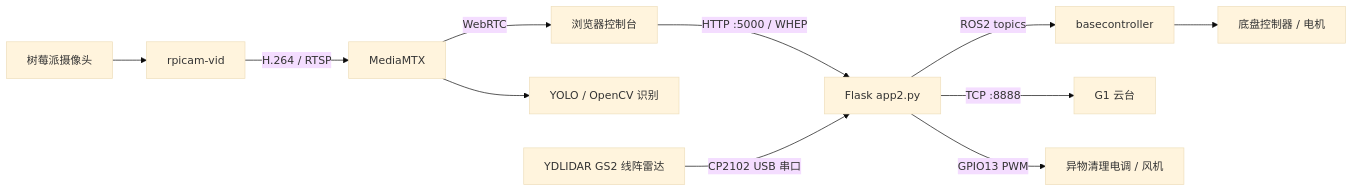
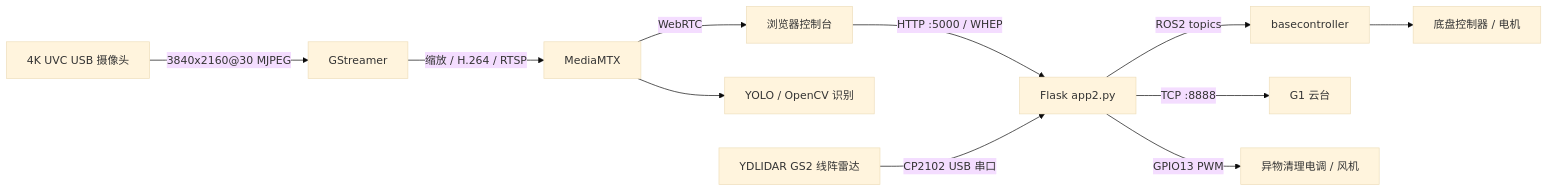
The diagram in README.md (black-dot-line/GIS-robot-control), drawn with Mermaid (base theme) before and after one commit. The commit also changed other lines of this file and 1 other file, not shown here.

````diff
--- a/README.md
+++ b/README.md
@@ -16,13 +18,13 @@
 ```mermaid
 flowchart LR
     Browser["浏览器控制台"] -->|"HTTP :5000 / WHEP"| Flask["Flask app2.py"]
-    PiCam["树莓派摄像头"] --> RpiCam["rpicam-vid"]
-    RpiCam -->|"H.264 / RTSP"| MTX["MediaMTX"]
+    UVC["4K UVC USB 摄像头"] -->|"3840x2160@30 MJPEG"| GST["GStreamer"]
+    GST -->|"缩放 / H.264 / RTSP"| MTX["MediaMTX"]
     MTX -->|"WebRTC"| Browser
     MTX --> Detect["YOLO / OpenCV 识别"]
     Flask -->|"ROS2 topics"| Base["basecontroller"]
     Base --> MCU["底盘控制器 / 电机"]
     Flask -->|"TCP :8888"| G1["G1 云台"]
     Flask -->|"GPIO13 PWM"| ESC["异物清理电调 / 风机"]
     Lidar["YDLIDAR GS2 线阵雷达"] -->|"CP2102 USB 串口"| Flask
 ```
````
